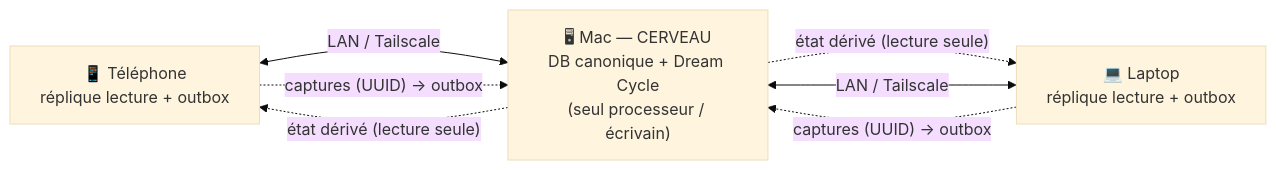
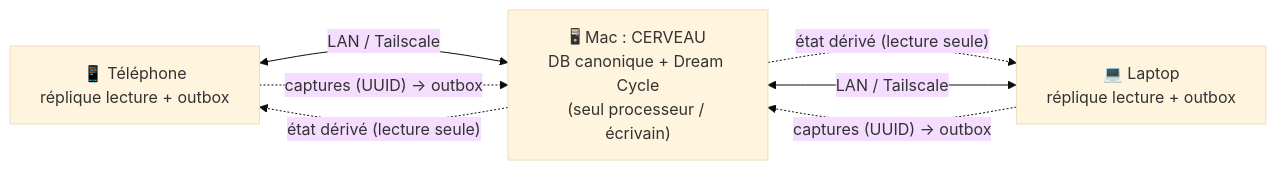
The first of 5 diagrams in docs/ARCHITECTURE.md (alexisraitano-myffu/synapse), drawn with Mermaid (base theme) before and after one commit. The commit also changed other lines of this file and 2 other files, not shown here.

First line of the commit message:
docs: drop em/en dashes across docs (CLAUDE.md, ARCHITECTURE.md, engine map)

````diff
--- a/docs/ARCHITECTURE.md
+++ b/docs/ARCHITECTURE.md
@@ -13,14 +13,14 @@
 ```mermaid
 flowchart LR
     Phone["📱 Téléphone<br/>réplique lecture + outbox"]
     Air["💻 Laptop<br/>réplique lecture + outbox"]
-    Mini["🖥 Mac — CERVEAU<br/>DB canonique + Dream Cycle<br/>(seul processeur / écrivain)"]
+    Mini["🖥 Mac : CERVEAU<br/>DB canonique + Dream Cycle<br/>(seul processeur / écrivain)"]
 
     Phone <-->|"LAN / Tailscale"| Mini
     Air <-->|"LAN / Tailscale"| Mini
 
     Phone -.->|"captures (UUID) → outbox"| Mini
     Air -.->|"captures (UUID) → outbox"| Mini
     Mini -.->|"état dérivé (lecture seule)"| Phone
     Mini -.->|"état dérivé (lecture seule)"| Air
 ```
````
